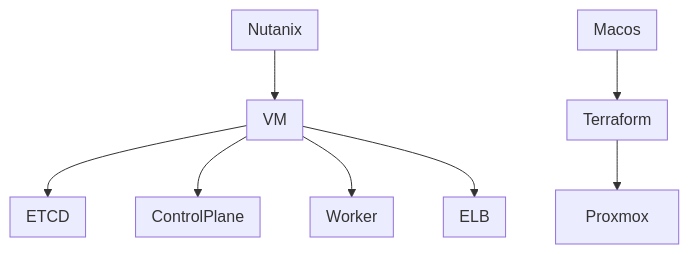
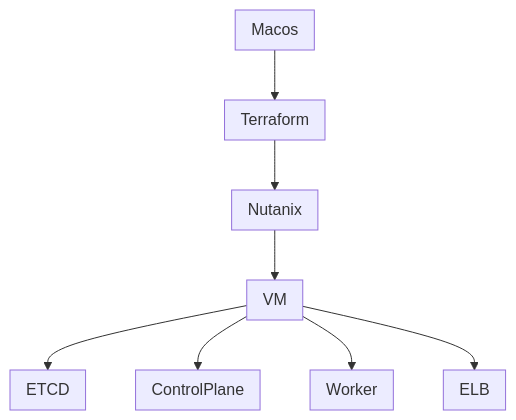
Before and after one commit to kreactnative/nutanix-terraform-kubeadm-etcd-ha: the diagram in README.md, drawn with Mermaid.

Commit message:
update overview

````diff
--- a/README.md
+++ b/README.md
@@ -2,26 +2,26 @@
 ```mermaid
 flowchart TB
     subgraph Macos
     end
     subgraph Terraform
     end
     subgraph Nutanix
     end
     subgraph VM
     end
     subgraph ETCD
     end
     subgraph ELB
     end
     subgraph ControlPlane
     end
     subgraph Worker
     end
     Macos-->Terraform
-    Terraform-->Proxmox
+    Terraform-->Nutanix
     Nutanix-->VM
     VM-->ETCD
     VM-->ControlPlane
     VM-->Worker
     VM-->ELB
 ```
````
